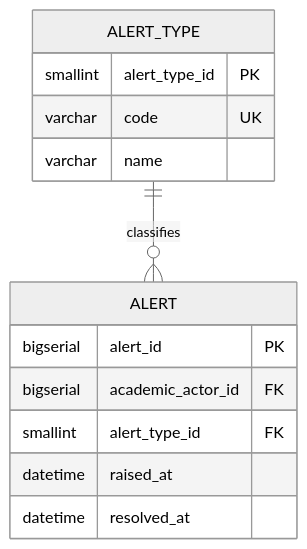
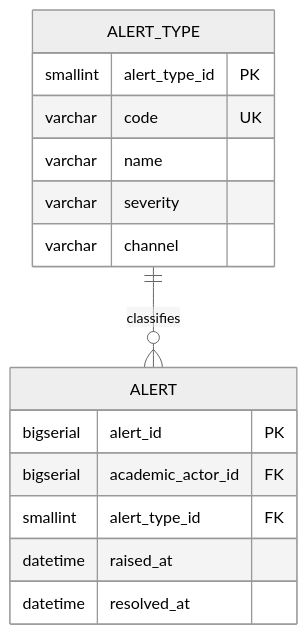
Before and after one commit to code-sena/fae-docs: the diagram in 06-data/domains/07-notification.md, drawn with Mermaid (neutral theme). The commit also changed other lines of this file and 43 other files, not shown here.

First line of the commit message:
docs(00-06): align context domain requirements architecture

````diff
--- a/06-data/domains/07-notification.md
+++ b/06-data/domains/07-notification.md
@@ -106,17 +110,19 @@
 ```mermaid
 erDiagram
     ALERT_TYPE {
         smallint alert_type_id PK
         varchar code UK
         varchar name
+        varchar severity
+        varchar channel
     }
     ALERT {
         bigserial alert_id PK
         bigserial academic_actor_id FK
         smallint alert_type_id FK
         datetime raised_at
         datetime resolved_at
     }
 
     ALERT_TYPE ||--o{ ALERT : "classifies"
 ```
````
